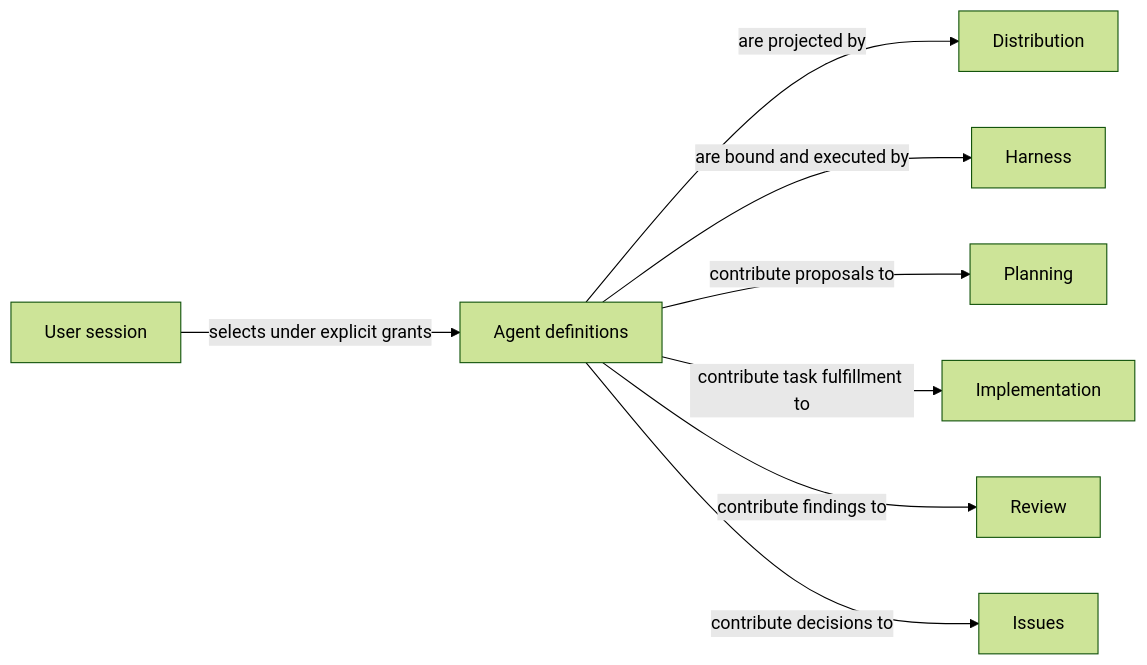
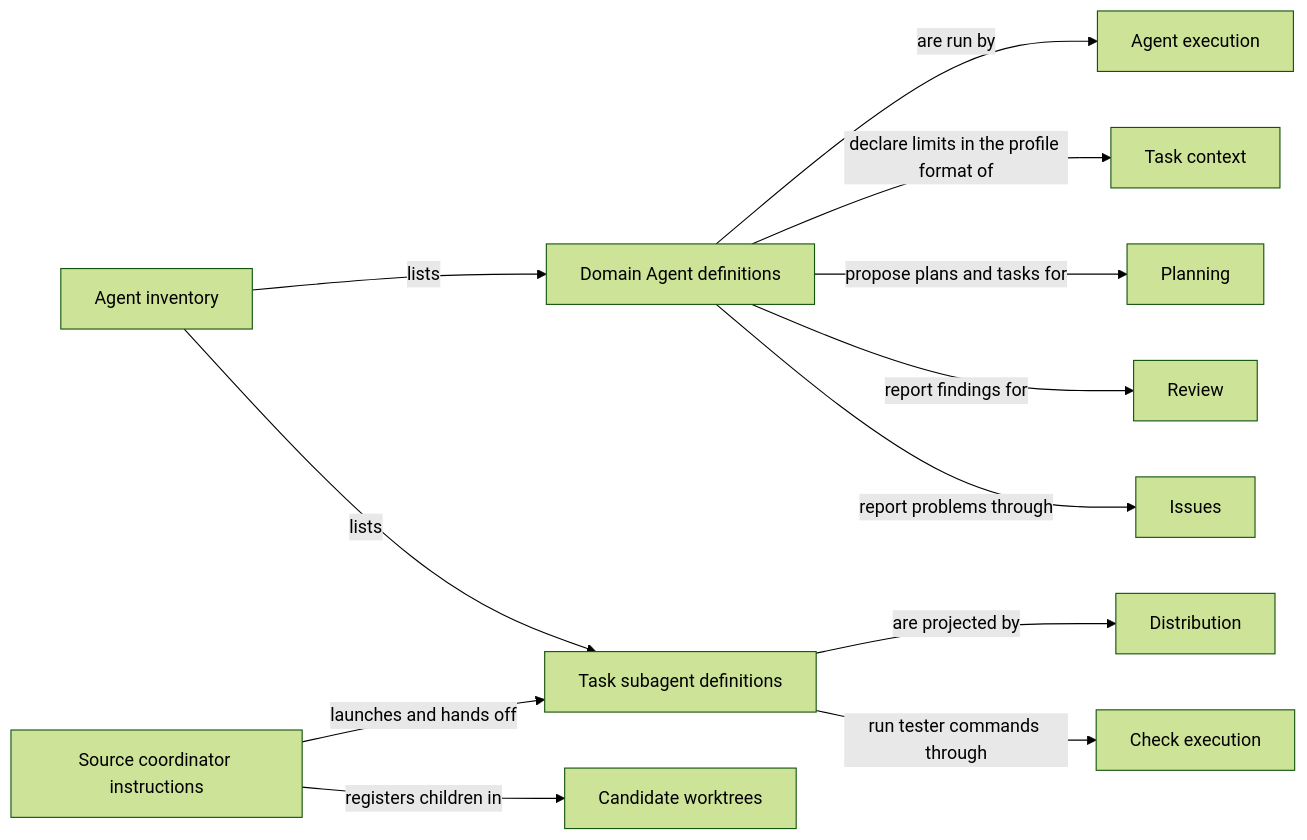
Before and after one commit to FTOD/concorde: the diagram in specs/concorde/agents/module.md, drawn with Mermaid (forest theme). The commit also changed other lines of this file and 370 other files, not shown here.

````diff
--- a/specs/concorde/agents/module.md
+++ b/specs/concorde/agents/module.md
@@ -44,20 +159,28 @@
 ```mermaid
 flowchart LR
-    accTitle: Agent definition and execution ownership
-    accDescr: Agents supplies definitions to Distribution and Harness; business Modules define accepted outcomes and the user session selects Task subagents.
-    definitions["Agent definitions"]
-    user["User session"]
-    distribution["Distribution"]
-    harness["Harness"]
-    planning["Planning"]
-    implementation["Implementation"]
-    review["Review"]
-    issues["Issues"]
-    user -->|selects under explicit grants| definitions
-    definitions -->|are projected by| distribution
-    definitions -->|are bound and executed by| harness
-    definitions -->|contribute proposals to| planning
-    definitions -->|contribute task fulfillment to| implementation
-    definitions -->|contribute findings to| review
-    definitions -->|contribute decisions to| issues
+    accTitle: How Agent definitions are used
+    accDescr: The inventory lists Domain Agent and Task subagent definitions; the Harness runs Domain Agents; Distribution projects Task subagents; the coordinator instructions launch Task subagents.
+    Inventory[Agent inventory]
+    Domain[Domain Agent definitions]
+    TaskDefs[Task subagent definitions]
+    Coordinator[Source coordinator instructions]
+    Execution[Agent execution]
+    Context[Task context]
+    Checks[Check execution]
+    Worktrees[Candidate worktrees]
+    Planning[Planning]
+    Review[Review]
+    Issues[Issues]
+    Distribution[Distribution]
+    Inventory -->|lists| Domain
+    Inventory -->|lists| TaskDefs
+    Domain -->|are run by| Execution
+    Domain -->|declare limits in the profile format of| Context
+    Domain -->|propose plans and tasks for| Planning
+    Domain -->|report findings for| Review
+    Domain -->|report problems through| Issues
+    TaskDefs -->|are projected by| Distribution
+    TaskDefs -->|run tester commands through| Checks
+    Coordinator -->|launches and hands off| TaskDefs
+    Coordinator -->|registers children in| Worktrees
 ```
````
